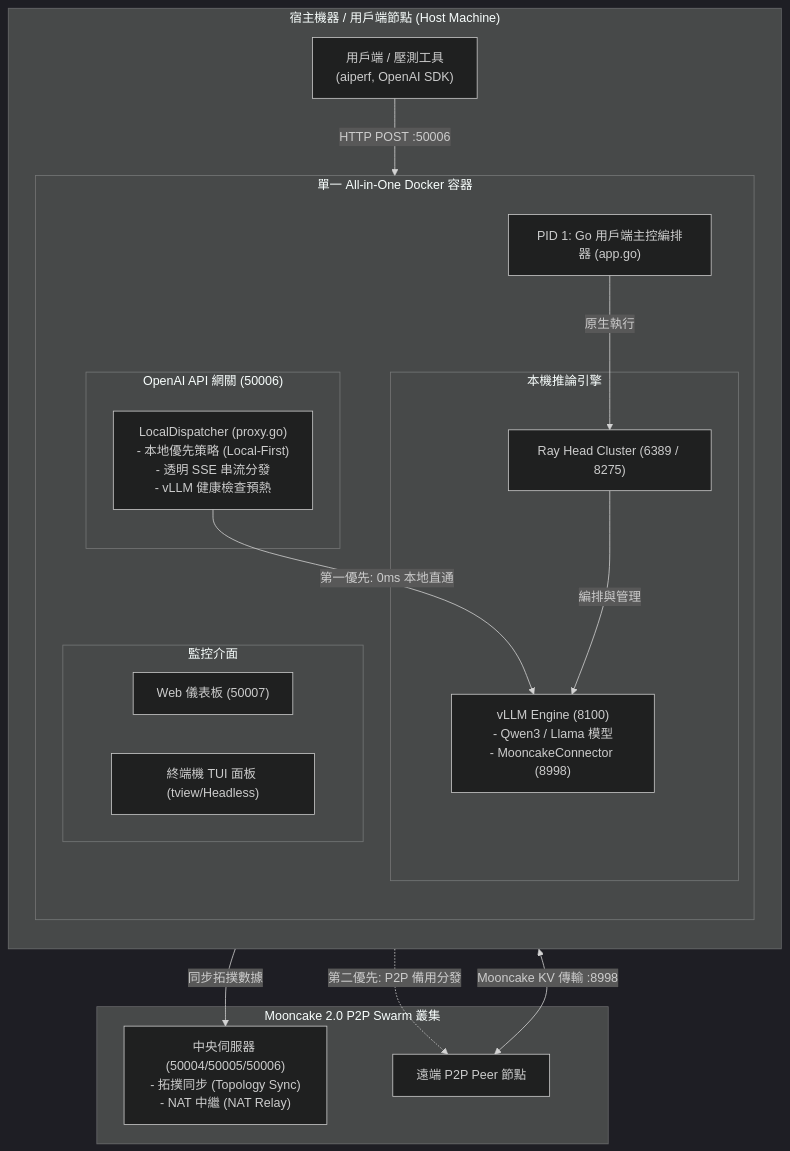
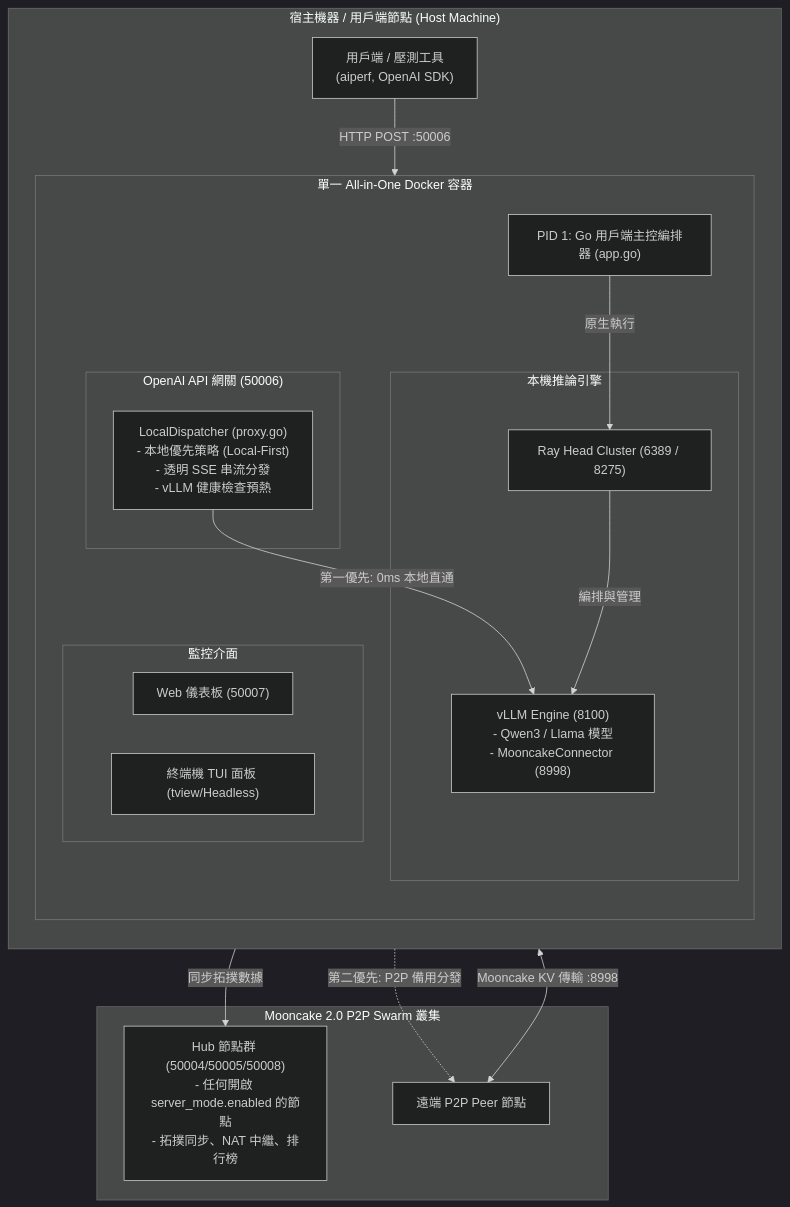
The diagram in README_zh-TW.md (lhu-csie-dclab/yuanyi), drawn with Mermaid (dark theme) before and after one commit. The commit also changed other lines of this file and 14 other files, not shown here.

First line of the commit message:
docs: document hub mode (server_mode) across README and all three doc sets

````diff
--- a/README_zh-TW.md
+++ b/README_zh-TW.md
@@ -48,39 +49,39 @@
 ```mermaid
 flowchart TB
     subgraph ClientHost["宿主機器 / 用戶端節點 (Host Machine)"]
         direction TB
         APICaller["用戶端 / 壓測工具\n(aiperf, OpenAI SDK)"]
         
         subgraph Container["單一 All-in-One Docker 容器"]
             direction TB
             GoAgent["PID 1: Go 用戶端主控編排器 (app.go)"]
             
             subgraph GatewayLayer["OpenAI API 網關 (50006)"]
                 Dispatcher["LocalDispatcher (proxy.go)\n- 本地優先策略 (Local-First)\n- 透明 SSE 串流分發\n- vLLM 健康檢查預熱"]
             end
             
             subgraph EngineLayer["本機推論引擎"]
                 RayHead["Ray Head Cluster (6389 / 8275)"]
                 VLLM["vLLM Engine (8100)\n- Qwen3 / Llama 模型\n- MooncakeConnector (8998)"]
             end
             
             subgraph Dashboards["監控介面"]
                 WebUI["Web 儀表板 (50007)"]
                 TUI["終端機 TUI 面板 (tview/Headless)"]
             end
         end
     end
     
     subgraph Swarm["Mooncake 2.0 P2P Swarm 叢集"]
-        CentralServer["中央伺服器 (50004/50005/50006)\n- 拓撲同步 (Topology Sync)\n- NAT 中繼 (NAT Relay)"]
+        HubNode["Hub 節點群 (50004/50005/50008)\n- 任何開啟 server_mode.enabled 的節點\n- 拓撲同步、NAT 中繼、排行榜"]
         RemotePeer["遠端 P2P Peer 節點"]
     end
     
     APICaller -->|HTTP POST :50006| Dispatcher
     Dispatcher -->|第一優先: 0ms 本地直通| VLLM
     Dispatcher -.->|第二優先: P2P 備用分發| RemotePeer
     GoAgent -->|原生執行| RayHead
     RayHead -->|編排與管理| VLLM
-    GoAgent -->|同步拓撲數據| CentralServer
+    GoAgent -->|同步拓撲數據| HubNode
     VLLM <-->|Mooncake KV 傳輸 :8998| RemotePeer
 ```
````
